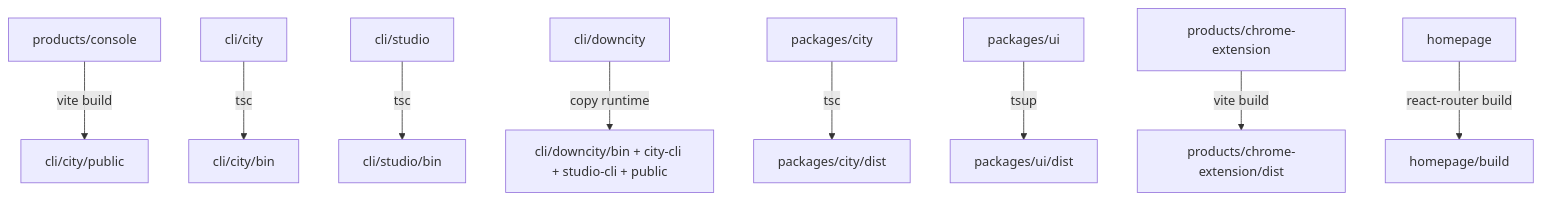
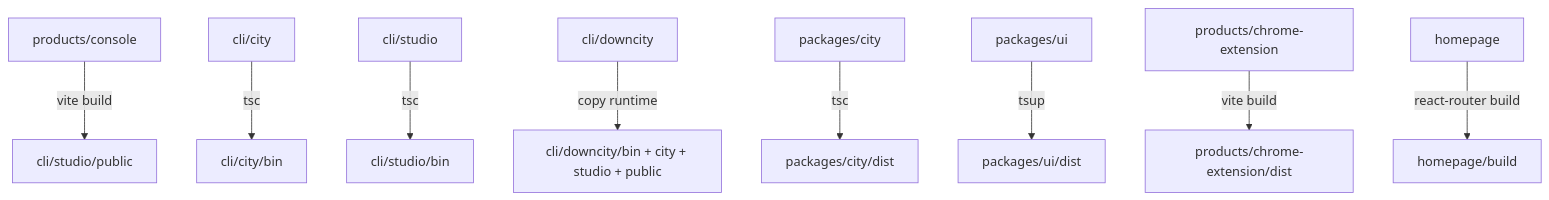
One commit to wangenius/downcity changed the third of 4 diagrams in homepage/content/devdocs/zh/architecture/workspace-package-structure.mdx. Above: the diagram before and after it, drawn with Mermaid. The commit also changed other lines of this file and 28 other files, not shown here.

Commit message:
refactor(cli): move console assets into studio

````diff
--- a/homepage/content/devdocs/zh/architecture/workspace-package-structure.mdx
+++ b/homepage/content/devdocs/zh/architecture/workspace-package-structure.mdx
@@ -131,11 +132,11 @@
 ```mermaid
 flowchart TD
-    ConsoleSrc["products/console"] -- vite build --> ConsolePublic["cli/city/public"]
+    ConsoleSrc["products/console"] -- vite build --> ConsolePublic["cli/studio/public"]
     CityCliSrc["cli/city"] -- tsc --> CityCliBin["cli/city/bin"]
     StudioCliSrc["cli/studio"] -- tsc --> StudioCliBin["cli/studio/bin"]
-    BundleSrc["cli/downcity"] -- copy runtime --> BundleBin["cli/downcity/bin + city-cli + studio-cli + public"]
+    BundleSrc["cli/downcity"] -- copy runtime --> BundleBin["cli/downcity/bin + city + studio + public"]
     RuntimeSrc["packages/city"] -- tsc --> RuntimeDist["packages/city/dist"]
     UISrc["packages/ui"] -- tsup --> UIDist["packages/ui/dist"]
     ExtensionSrc["products/chrome-extension"] -- vite build --> ExtensionDist["products/chrome-extension/dist"]
     HomepageSrc["homepage"] -- react-router build --> HomepageBuild["homepage/build"]
 ```
````
